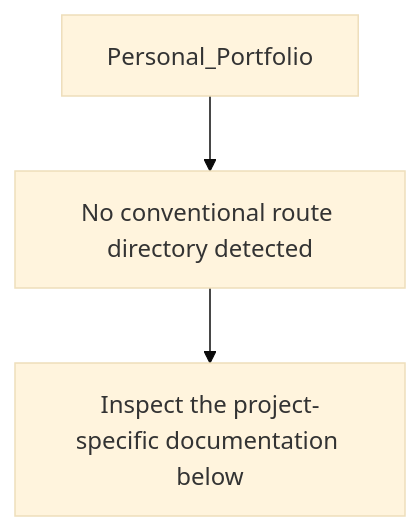
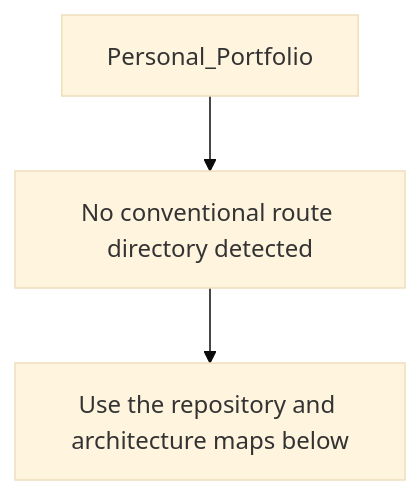
Before and after one commit to Nischhalsubba/Personal_Portfolio: the second of 5 diagrams in README.md, drawn with Mermaid (base theme). The commit also changed other lines of this file, not shown here.

````diff
--- a/README.md
+++ b/README.md
@@ -50,6 +94,6 @@
 ```mermaid
 flowchart TD
     APP["Personal_Portfolio"]
     APP --> SOURCE["No conventional route directory detected"]
-    SOURCE --> VERIFY["Inspect the project-specific documentation below"]
+    SOURCE --> GUIDE["Use the repository and architecture maps below"]
 ```
````
